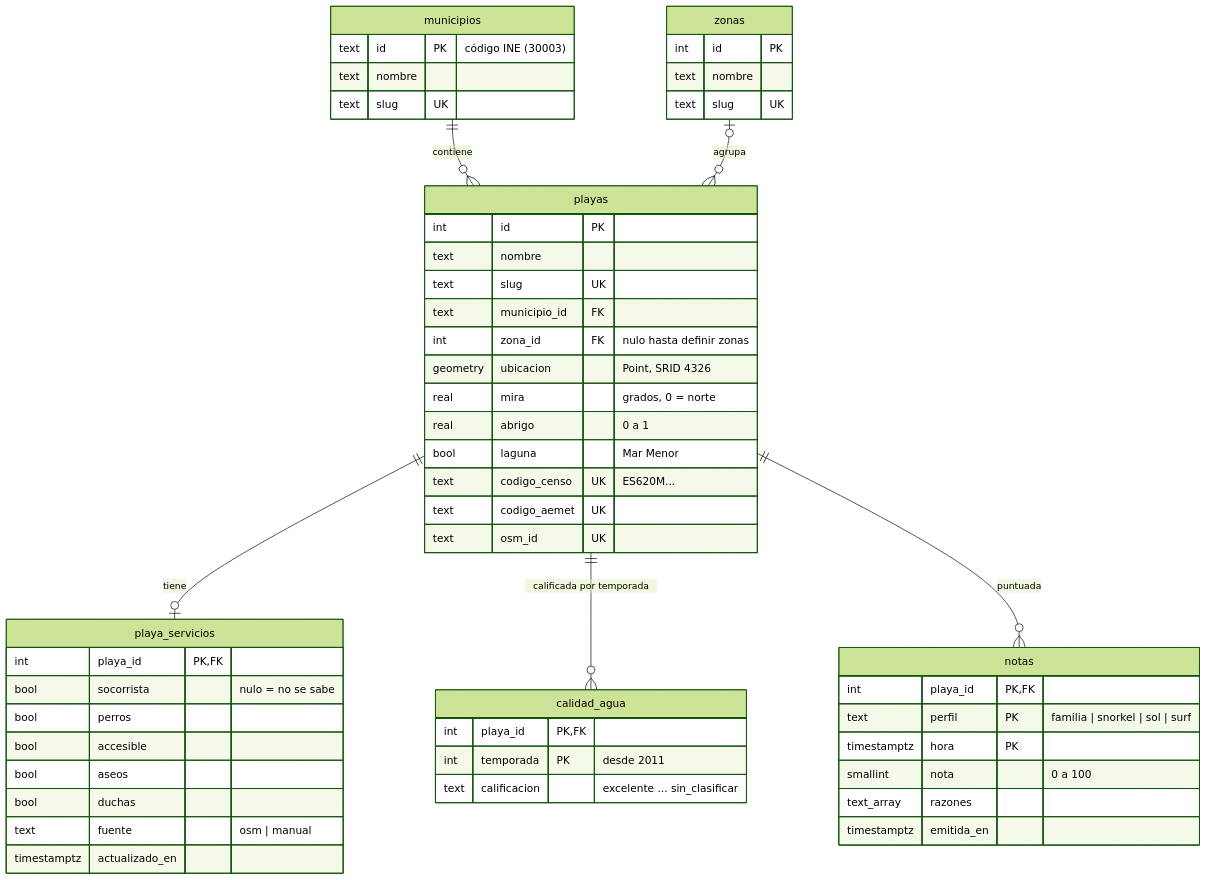
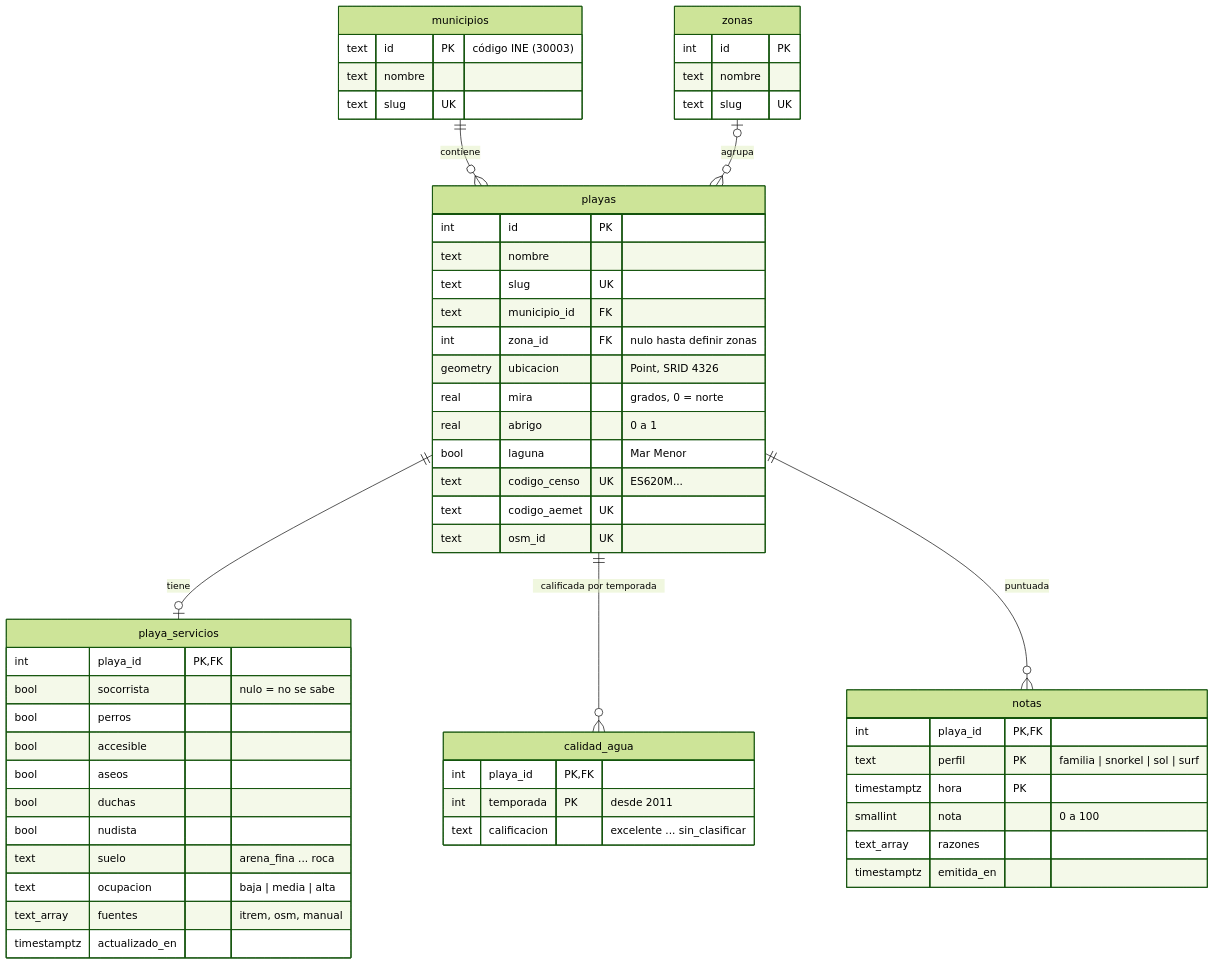
One commit to pdawgabriel-hub/playa-hoy changed the first of 2 diagrams in docs/modelo-datos.md. Above: the diagram before and after it, drawn with Mermaid (forest theme). The commit also changed other lines of this file and 18 other files, not shown here.

````diff
--- a/docs/modelo-datos.md
+++ b/docs/modelo-datos.md
@@ -11,61 +11,64 @@
 ```mermaid
 erDiagram
     municipios ||--o{ playas : "contiene"
     zonas |o--o{ playas : "agrupa"
     playas ||--o| playa_servicios : "tiene"
     playas ||--o{ calidad_agua : "calificada por temporada"
     playas ||--o{ notas : "puntuada"
 
     municipios {
         text id PK "código INE (30003)"
         text nombre
         text slug UK
     }
 
     zonas {
         int id PK
         text nombre
         text slug UK
     }
 
     playas {
         int id PK
         text nombre
         text slug UK
         text municipio_id FK
         int zona_id FK "nulo hasta definir zonas"
         geometry ubicacion "Point, SRID 4326"
         real mira "grados, 0 = norte"
         real abrigo "0 a 1"
         bool laguna "Mar Menor"
         text codigo_censo UK "ES620M..."
         text codigo_aemet UK
         text osm_id UK
     }
 
     playa_servicios {
         int playa_id PK, FK
         bool socorrista "nulo = no se sabe"
         bool perros
         bool accesible
         bool aseos
         bool duchas
-        text fuente "osm | manual"
+        bool nudista
+        text suelo "arena_fina ... roca"
+        text ocupacion "baja | media | alta"
+        text_array fuentes "itrem, osm, manual"
         timestamptz actualizado_en
     }
 
     calidad_agua {
         int playa_id PK, FK
         int temporada PK "desde 2011"
         text calificacion "excelente ... sin_clasificar"
     }
 
     notas {
         int playa_id PK, FK
         text perfil PK "familia | snorkel | sol | surf"
         timestamptz hora PK
         smallint nota "0 a 100"
         text_array razones
         timestamptz emitida_en
     }
 ```
````
